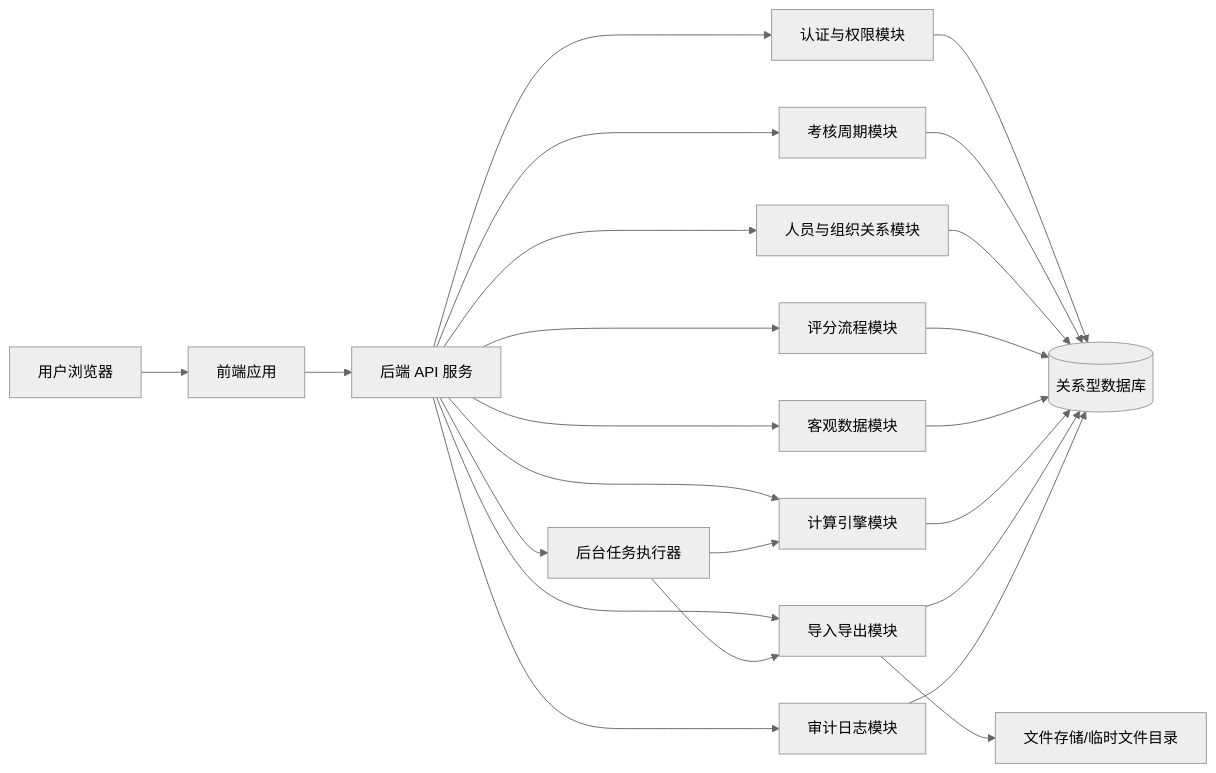
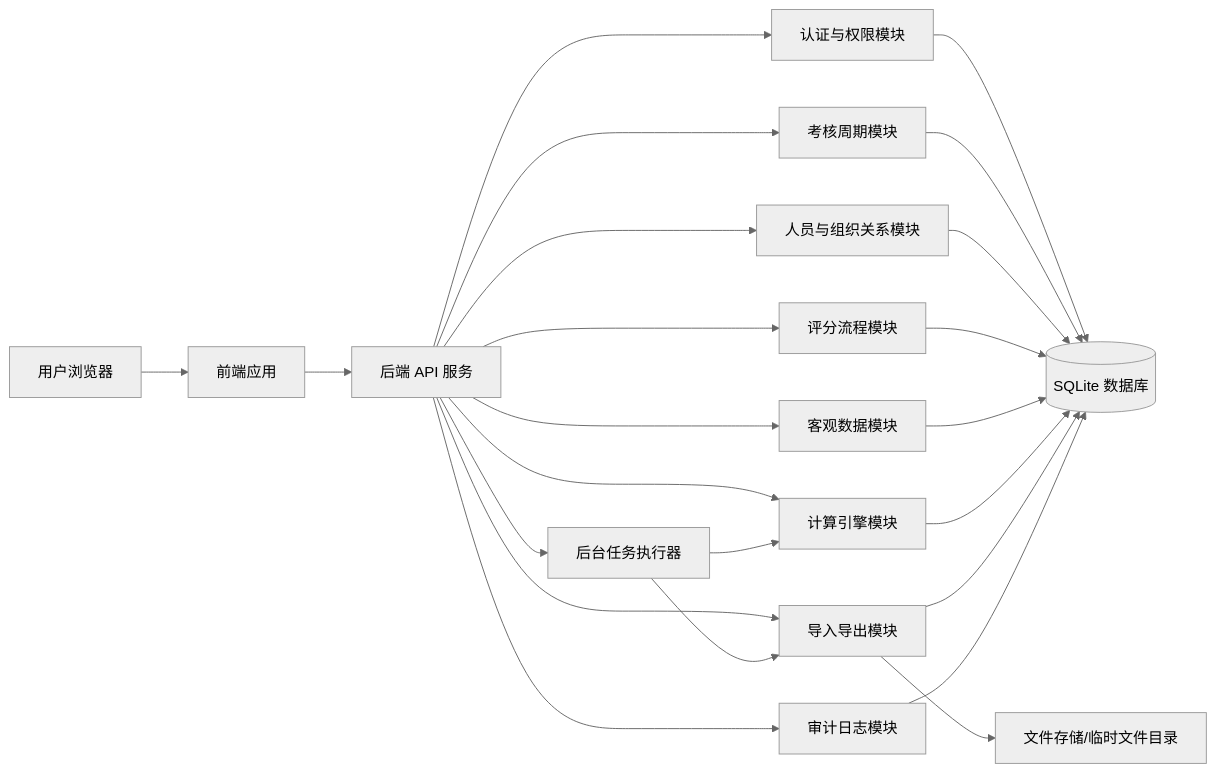
One commit to PulongZhang/cet-tool changed the first of 6 diagrams in docs/superpowers/specs/2026-06-16-performance-review-tool-design.md. Above: the diagram before and after it, drawn with Mermaid (neutral theme). The commit also changed other lines of this file, not shown here.

````diff
--- a/docs/superpowers/specs/2026-06-16-performance-review-tool-design.md
+++ b/docs/superpowers/specs/2026-06-16-performance-review-tool-design.md
@@ -66,28 +78,28 @@
 ```mermaid
 flowchart LR
     U[用户浏览器] --> FE[前端应用]
     FE --> API[后端 API 服务]
 
     API --> AUTH[认证与权限模块]
     API --> CYCLE[考核周期模块]
     API --> EMP[人员与组织关系模块]
     API --> WF[评分流程模块]
     API --> OBJ[客观数据模块]
     API --> CALC[计算引擎模块]
     API --> EXPORT[导入导出模块]
     API --> AUDIT[审计日志模块]
 
-    AUTH --> DB[(关系型数据库)]
+    AUTH --> DB[(SQLite 数据库)]
     CYCLE --> DB
     EMP --> DB
     WF --> DB
     OBJ --> DB
     CALC --> DB
     EXPORT --> DB
     AUDIT --> DB
 
     EXPORT --> FS[文件存储/临时文件目录]
     API --> JOB[后台任务执行器]
     JOB --> CALC
     JOB --> EXPORT
 ```
````
